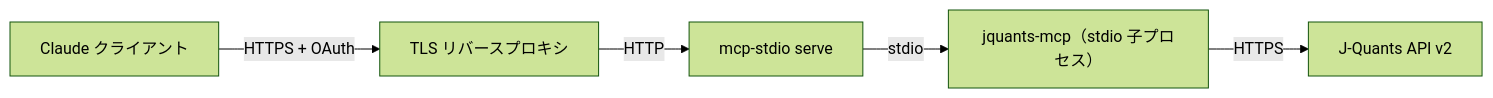
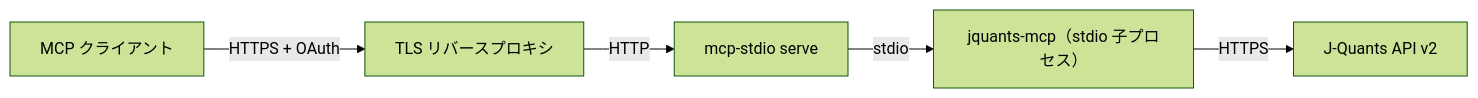
One commit to shigechika/jquants-mcp changed the diagram in docs/deploy/local.ja.md. Above: the diagram before and after it, drawn with Mermaid (forest theme). The commit also changed other lines of this file and 15 other files, not shown here.

First line of the commit message:
docs: show jquants-mcp works with non-Claude MCP clients (Codex, Meta Muse) (#644)

````diff
--- a/docs/deploy/local.ja.md
+++ b/docs/deploy/local.ja.md
@@ -177,13 +189,13 @@
 ```mermaid
 graph LR
-    A["Claude クライアント"]
+    A["MCP クライアント"]
     B["TLS リバースプロキシ"]
     C["mcp-stdio serve"]
     D["jquants-mcp（stdio 子プロセス）"]
     E["J-Quants API v2"]
 
     A -->|"HTTPS + OAuth"| B
     B -->|HTTP| C
     C -->|stdio| D
     D -->|HTTPS| E
 ```
````
